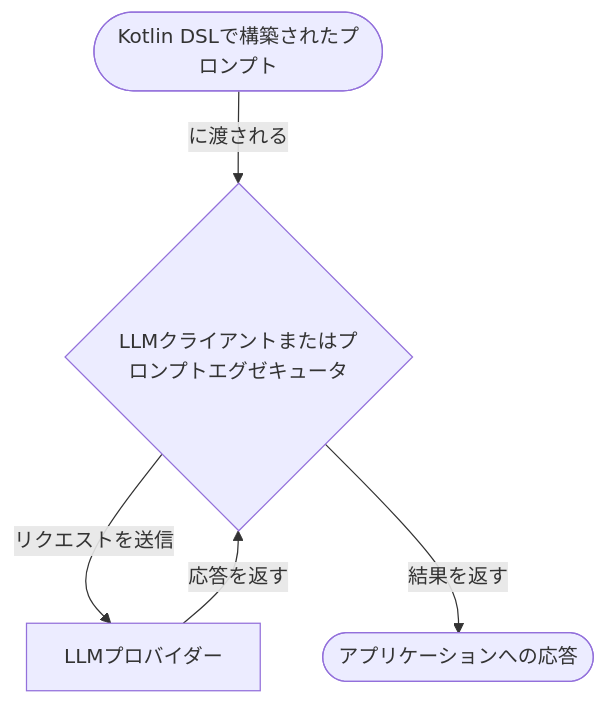
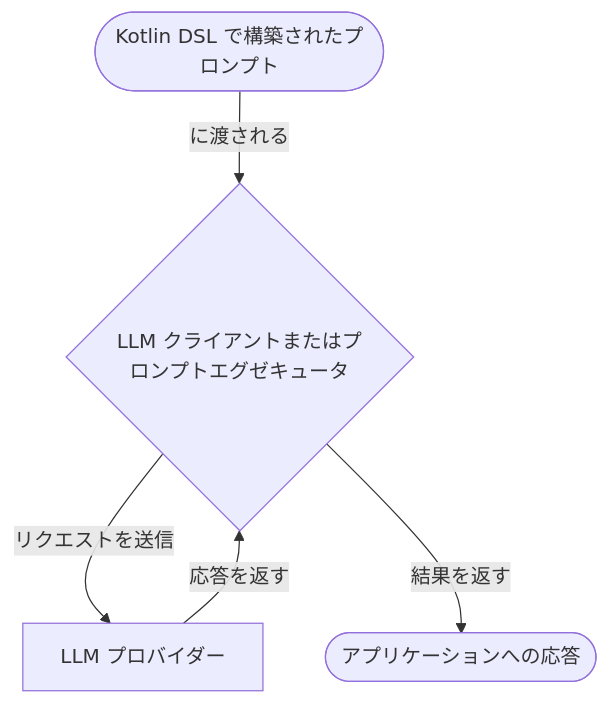
Before and after one commit to BinaryTape/Open-Docs: the first of 2 diagrams in docs/ja/koog/prompts/index.md, drawn with Mermaid. The commit also changed other lines of this file and 156 other files, not shown here.

````diff
--- a/docs/ja/koog/prompts/index.md
+++ b/docs/ja/koog/prompts/index.md
@@ -46,12 +41,12 @@
 ```mermaid
 flowchart TB
-    A([Kotlin DSLで構築されたプロンプト])
-    B{LLMクライアントまたはプロンプトエグゼキュータ}
-    C[LLMプロバイダー]
+    A([Kotlin DSL で構築されたプロンプト])
+    B{LLM クライアントまたはプロンプトエグゼキュータ}
+    C[LLM プロバイダー]
     D([アプリケーションへの応答])
 
     A -->|"に渡される"| B
     B -->|"リクエストを送信"| C
     C -->|"応答を返す"| B
     B -->|"結果を返す"| D
 ```
````
